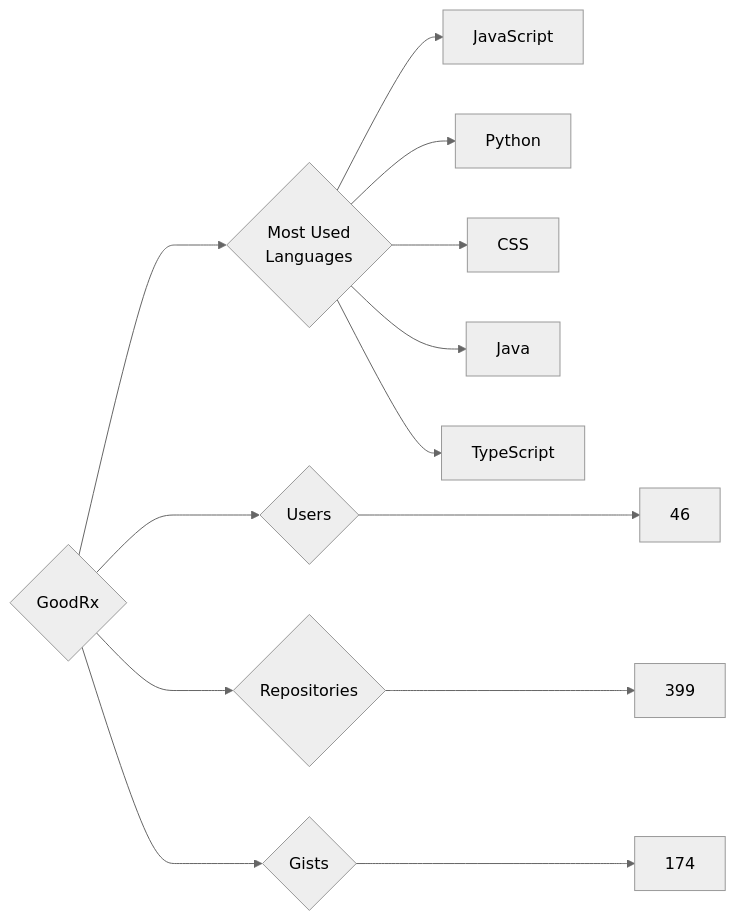
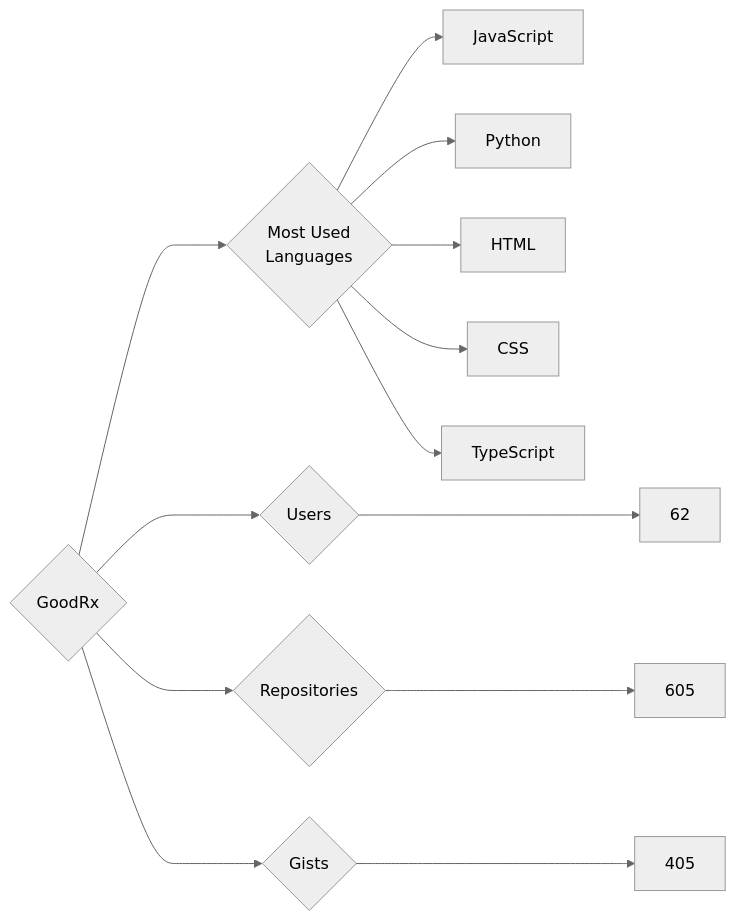
The diagram in targets/GoodRx/README.md (trickest/insiders), drawn with Mermaid (neutral theme) before and after one commit. The commit also changed 951 other files, not shown here.

````diff
--- a/targets/GoodRx/README.md
+++ b/targets/GoodRx/README.md
@@ -3,13 +3,13 @@
 ```mermaid
 graph LR
 COMPANY_NAME{GoodRx}
-COMPANY_NAME ---> U{Users} ---> UN[46]
-COMPANY_NAME ---> R{Repositories} ---> RN[399]
-COMPANY_NAME ---> G{Gists} ---> GN[174]
+COMPANY_NAME ---> U{Users} ---> UN[62]
+COMPANY_NAME ---> R{Repositories} ---> RN[605]
+COMPANY_NAME ---> G{Gists} ---> GN[405]
 COMPANY_NAME ---> ML{Most Used<br>Languages}
-ML --> JavaScript
-ML --> Python
-ML --> CSS
-ML --> Java
-ML --> TypeScript
+ML --> JavaScript[JavaScript]
+ML --> Python[Python]
+ML --> HTML[HTML]
+ML --> CSS[CSS]
+ML --> TypeScript[TypeScript]
 ```
````
